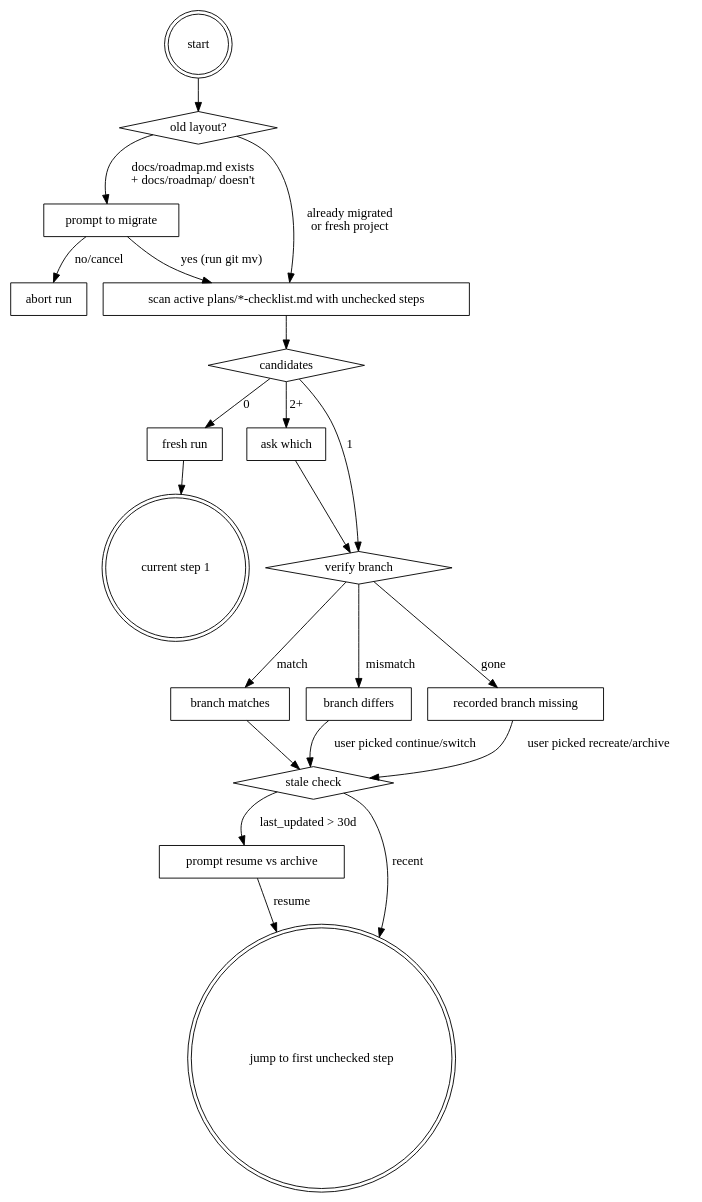
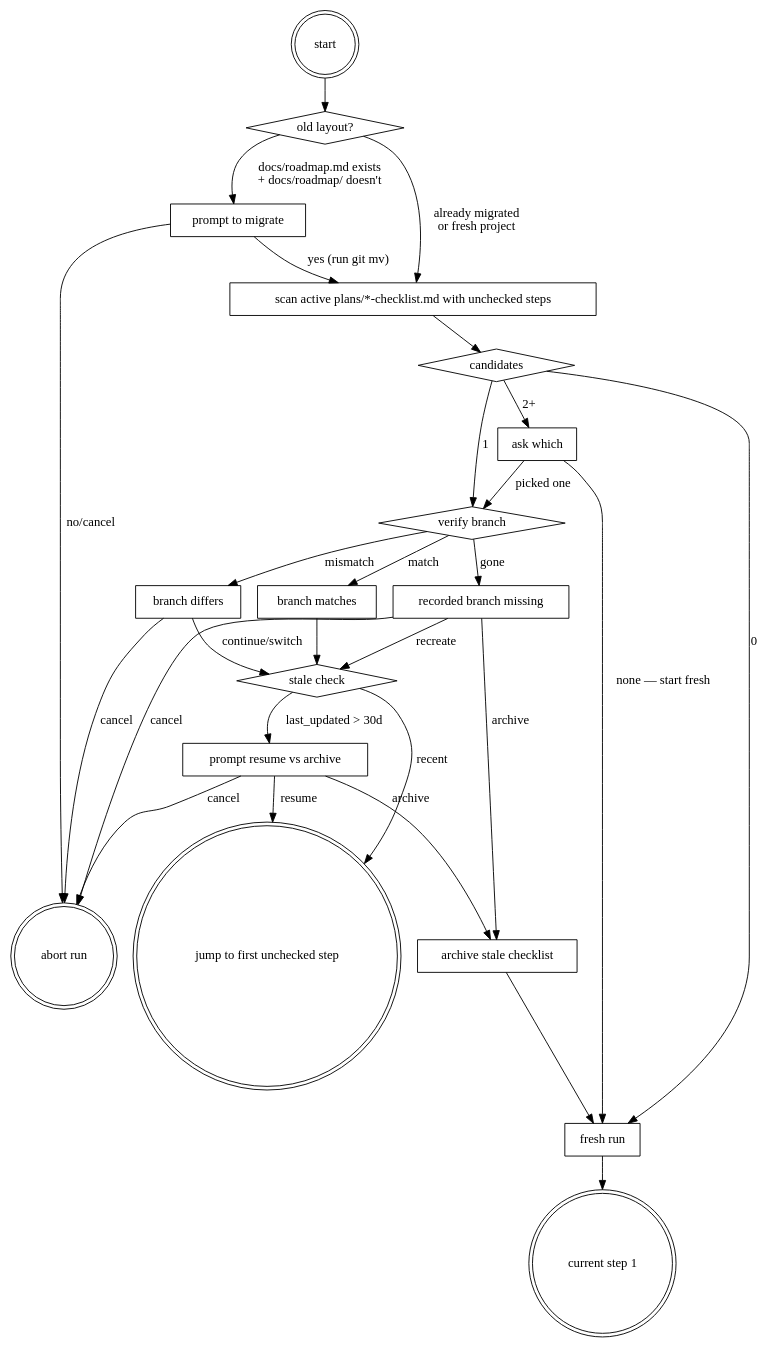
The diagram in .claude/skills/roadmap/SKILL.md (Ovid/paad), drawn with Graphviz before and after one commit. The commit also changed other lines of this file, not shown here.

First line of the commit message:
/roadmap: §0 digraph completeness + stale-checklist archive semantics

````diff
--- a/.claude/skills/roadmap/SKILL.md
+++ b/.claude/skills/roadmap/SKILL.md
@@ -111,41 +111,49 @@
 ```dot
 digraph step0 {
   "start" [shape=doublecircle];
   "old layout?" [shape=diamond];
   "prompt to migrate" [shape=box];
-  "abort run" [shape=box];
+  "abort run" [shape=doublecircle];
   "scan active plans/*-checklist.md with unchecked steps" [shape=box];
   "candidates" [shape=diamond];
   "fresh run" [shape=box];
   "ask which" [shape=box];
   "verify branch" [shape=diamond];
   "branch matches" [shape=box];
   "branch differs" [shape=box];
   "recorded branch missing" [shape=box];
   "stale check" [shape=diamond];
   "prompt resume vs archive" [shape=box];
+  "archive stale checklist" [shape=box];
   "jump to first unchecked step" [shape=doublecircle];
   "current step 1" [shape=doublecircle];
 
   "start" -> "old layout?";
   "old layout?" -> "prompt to migrate" [label="docs/roadmap.md exists\n+ docs/roadmap/ doesn't"];
   "old layout?" -> "scan active plans/*-checklist.md with unchecked steps" [label="already migrated\nor fresh project"];
   "prompt to migrate" -> "scan active plans/*-checklist.md with unchecked steps" [label="yes (run git mv)"];
   "prompt to migrate" -> "abort run" [label="no/cancel"];
   "scan active plans/*-checklist.md with unchecked steps" -> "candidates";
   "candidates" -> "fresh run" [label="0"];
   "candidates" -> "verify branch" [label="1"];
   "candidates" -> "ask which" [label="2+"];
-  "ask which" -> "verify branch";
+  "ask which" -> "verify branch" [label="picked one"];
+  "ask which" -> "fresh run" [label="none — start fresh"];
   "verify branch" -> "branch matches" [label="match"];
   "verify branch" -> "branch differs" [label="mismatch"];
   "verify branch" -> "recorded branch missing" [label="gone"];
   "branch matches" -> "stale check";
-  "branch differs" -> "stale check" [label="user picked continue/switch"];
-  "recorded branch missing" -> "stale check" [label="user picked recreate/archive"];
+  "branch differs" -> "stale check" [label="continue/switch"];
+  "branch differs" -> "abort run" [label="cancel"];
+  "recorded branch missing" -> "stale check" [label="recreate"];
+  "recorded branch missing" -> "archive stale checklist" [label="archive"];
+  "recorded branch missing" -> "abort run" [label="cancel"];
   "stale check" -> "prompt resume vs archive" [label="last_updated > 30d"];
   "stale check" -> "jump to first unchecked step" [label="recent"];
   "prompt resume vs archive" -> "jump to first unchecked step" [label="resume"];
+  "prompt resume vs archive" -> "archive stale checklist" [label="archive"];
+  "prompt resume vs archive" -> "abort run" [label="cancel"];
+  "archive stale checklist" -> "fresh run";
   "fresh run" -> "current step 1";
 }
 ```
````
